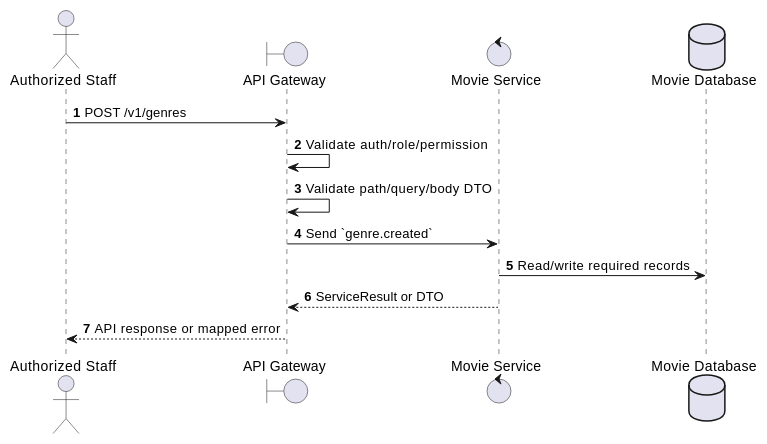
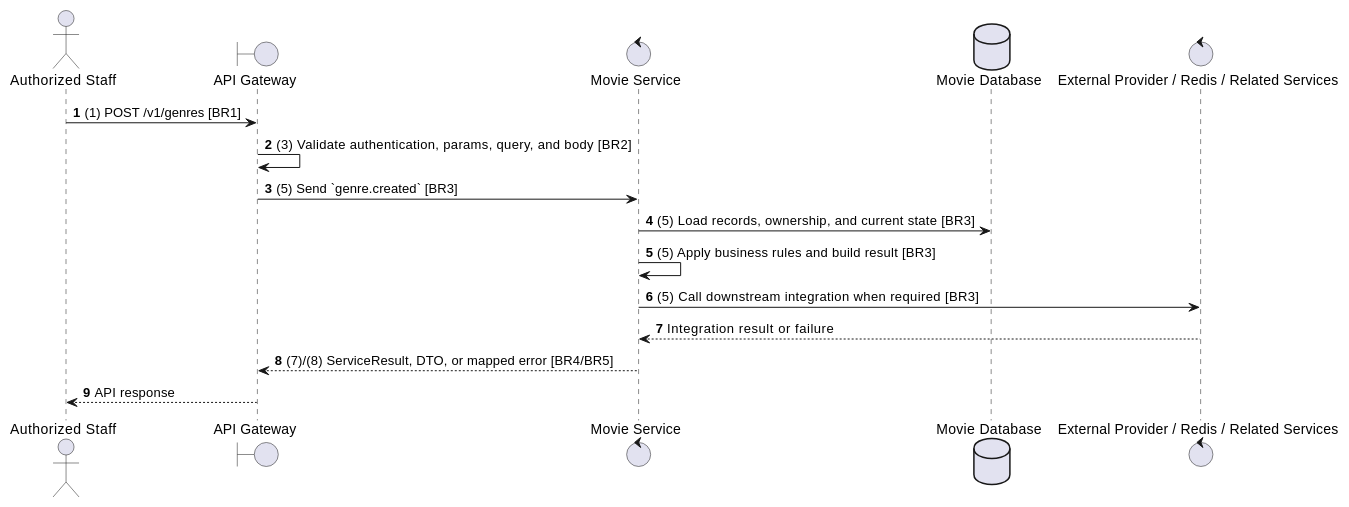
One commit to Tanh1603/movie-hub-architecture changed the second of 2 diagrams in docs/functional_specs/3.3.3_Genre_Management/GM-03_Create_Genre.md. Above: the diagram before and after it, drawn with PlantUML. The commit also changed other lines of this file and 129 other files, not shown here.

````diff
--- a/docs/functional_specs/3.3.3_Genre_Management/GM-03_Create_Genre.md
+++ b/docs/functional_specs/3.3.3_Genre_Management/GM-03_Create_Genre.md
@@ -17,17 +64,20 @@
 ```plantuml
 @startuml
 autonumber
 actor "Authorized Staff" as Actor
 boundary "API Gateway" as GW
 control "Movie Service" as SVC
 database "Movie Database" as DB
+control "External Provider / Redis / Related Services" as EXT
 
-Actor -> GW: POST /v1/genres
-GW -> GW: Validate auth/role/permission
-GW -> GW: Validate path/query/body DTO
-GW -> SVC: Send `genre.created`
-SVC -> DB: Read/write required records
-SVC --> GW: ServiceResult or DTO
-GW --> Actor: API response or mapped error
+Actor -> GW: (1) POST /v1/genres [BR1]
+GW -> GW: (3) Validate authentication, params, query, and body [BR2]
+GW -> SVC: (5) Send `genre.created` [BR3]
+SVC -> DB: (5) Load records, ownership, and current state [BR3]
+SVC -> SVC: (5) Apply business rules and build result [BR3]
+SVC -> EXT: (5) Call downstream integration when required [BR3]
+EXT --> SVC: Integration result or failure
+SVC --> GW: (7)/(8) ServiceResult, DTO, or mapped error [BR4/BR5]
+GW --> Actor: API response
 @enduml
 ```
````
